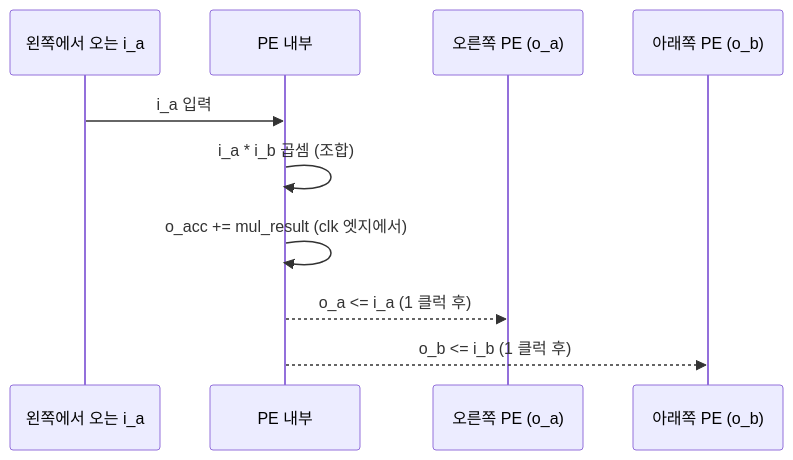
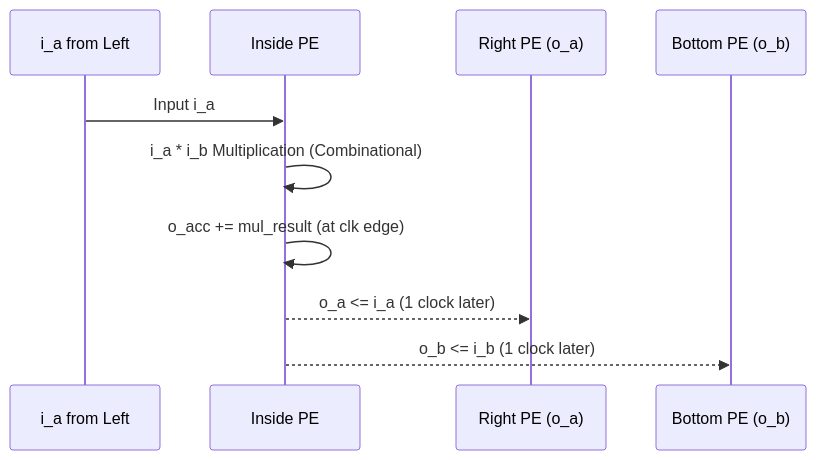
Before and after one commit to hwkim-dev/NPU-FPGA-Transformer-Accelerator-KV260: the second of 2 diagrams in Architecture/PE_Unit.md, drawn with Mermaid. The commit also changed other lines of this file and 2 other files, not shown here.

First line of the commit message:
docs: Translate Architecture docs to natural English

````diff
--- a/Architecture/PE_Unit.md
+++ b/Architecture/PE_Unit.md
@@ -72,13 +72,13 @@
 ```mermaid
 sequenceDiagram
-    participant Left as 왼쪽에서 오는 i_a
-    participant PE as PE 내부
-    participant Right as 오른쪽 PE (o_a)
-    participant Bottom as 아래쪽 PE (o_b)
+    participant Left as i_a from Left
+    participant PE as Inside PE
+    participant Right as Right PE (o_a)
+    participant Bottom as Bottom PE (o_b)
 
-    Left->>PE: i_a 입력
-    PE->>PE: i_a * i_b 곱셈 (조합)
-    PE->>PE: o_acc += mul_result (clk 엣지에서)
-    PE-->>Right: o_a <= i_a  (1 클럭 후)
-    PE-->>Bottom: o_b <= i_b (1 클럭 후)
+    Left->>PE: Input i_a
+    PE->>PE: i_a * i_b Multiplication (Combinational)
+    PE->>PE: o_acc += mul_result (at clk edge)
+    PE-->>Right: o_a <= i_a  (1 clock later)
+    PE-->>Bottom: o_b <= i_b (1 clock later)
 ```
````
